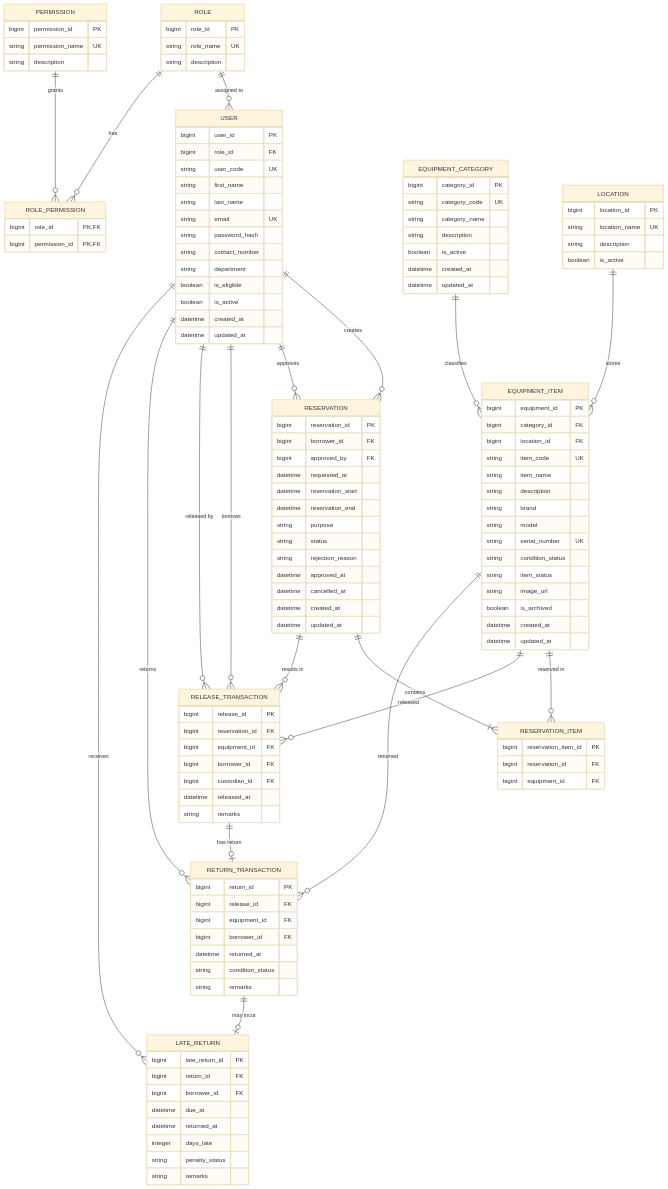
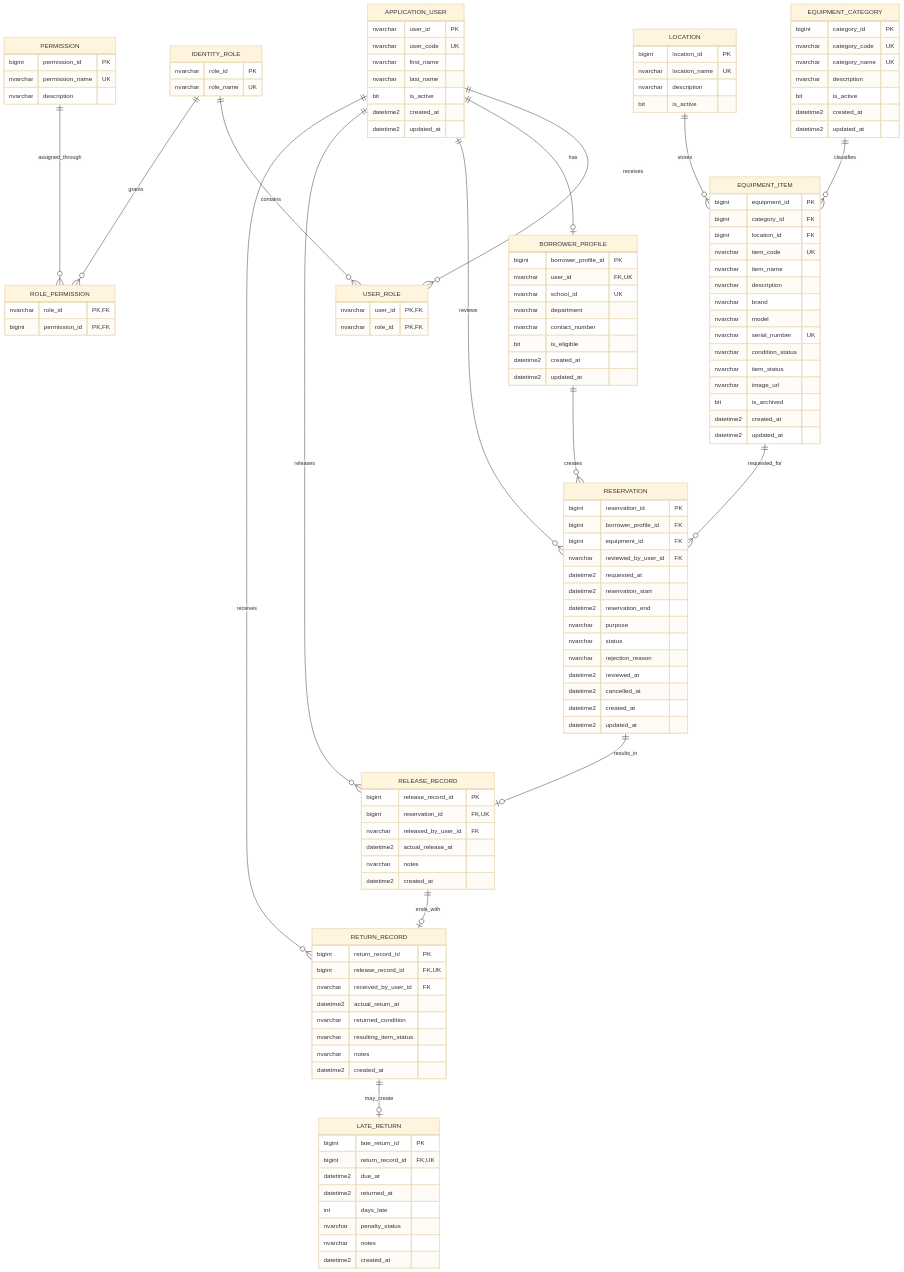
The first of 2 diagrams in doc/Campus_Equipment_Borrowing_ERD_Data_Dictionary.md (janninobansag/Gearantee), drawn with Mermaid (base theme) before and after one commit. The commit also changed other lines of this file and 68 other files, not shown here.

````diff
--- a/doc/Campus_Equipment_Borrowing_ERD_Data_Dictionary.md
+++ b/doc/Campus_Equipment_Borrowing_ERD_Data_Dictionary.md
@@ -14,155 +21,148 @@
 ```mermaid
 erDiagram
+    IDENTITY_ROLE ||--o{ USER_ROLE : contains
+    APPLICATION_USER ||--o{ USER_ROLE : receives
+    IDENTITY_ROLE ||--o{ ROLE_PERMISSION : grants
+    PERMISSION ||--o{ ROLE_PERMISSION : assigned_through
 
-    USER {
-        bigint user_id PK
-        bigint role_id FK
-        string user_code UK
-        string first_name
-        string last_name
-        string email UK
-        string password_hash
-        string contact_number
-        string department
-        boolean is_eligible
-        boolean is_active
-        datetime created_at
-        datetime updated_at
+    APPLICATION_USER ||--o| BORROWER_PROFILE : has
+    EQUIPMENT_CATEGORY ||--o{ EQUIPMENT_ITEM : classifies
+    LOCATION ||--o{ EQUIPMENT_ITEM : stores
+
+    BORROWER_PROFILE ||--o{ RESERVATION : creates
+    EQUIPMENT_ITEM ||--o{ RESERVATION : requested_for
+    APPLICATION_USER ||--o{ RESERVATION : reviews
+
+    RESERVATION ||--o| RELEASE_RECORD : results_in
+    APPLICATION_USER ||--o{ RELEASE_RECORD : releases
+
+    RELEASE_RECORD ||--o| RETURN_RECORD : ends_with
+    APPLICATION_USER ||--o{ RETURN_RECORD : receives
+
+    RETURN_RECORD ||--o| LATE_RETURN : may_create
+
+    APPLICATION_USER {
+        nvarchar user_id PK
+        nvarchar user_code UK
+        nvarchar first_name
+        nvarchar last_name
+        bit is_active
+        datetime2 created_at
+        datetime2 updated_at
     }
 
-    ROLE {
-        bigint role_id PK
-        string role_name UK
-        string description
+    IDENTITY_ROLE {
+        nvarchar role_id PK
+        nvarchar role_name UK
+    }
+
+    USER_ROLE {
+        nvarchar user_id PK, FK
+        nvarchar role_id PK, FK
     }
 
     PERMISSION {
         bigint permission_id PK
-        string permission_name UK
-        string description
+        nvarchar permission_name UK
+        nvarchar description
     }
 
     ROLE_PERMISSION {
-        bigint role_id PK, FK
+        nvarchar role_id PK, FK
         bigint permission_id PK, FK
+    }
+
+    BORROWER_PROFILE {
+        bigint borrower_profile_id PK
+        nvarchar user_id FK, UK
+        nvarchar school_id UK
+        nvarchar department
+        nvarchar contact_number
+        bit is_eligible
+        datetime2 created_at
+        datetime2 updated_at
     }
 
     EQUIPMENT_CATEGORY {
         bigint category_id PK
-        string category_code UK
-        string category_name
-        string description
-        boolean is_active
-        datetime created_at
-        datetime updated_at
+        nvarchar category_code UK
+        nvarchar category_name UK
+        nvarchar description
+        bit is_active
+        datetime2 created_at
+        datetime2 updated_at
     }
 
     LOCATION {
         bigint location_id PK
-        string location_name UK
-        string description
-        boolean is_active
+        nvarchar location_name UK
+        nvarchar description
+        bit is_active
     }
 
     EQUIPMENT_ITEM {
         bigint equipment_id PK
         bigint category_id FK
         bigint location_id FK
-        string item_code UK
-        string item_name
-        string description
-        string brand
-        string model
-        string serial_number UK
-        string condition_status
-        string item_status
-        string image_url
-        boolean is_archived
-        datetime created_at
-        datetime updated_at
+        nvarchar item_code UK
+        nvarchar item_name
+        nvarchar description
+        nvarchar brand
+        nvarchar model
+        nvarchar serial_number UK
+        nvarchar condition_status
+        nvarchar item_status
+        nvarchar image_url
+        bit is_archived
+        datetime2 created_at
+        datetime2 updated_at
     }
 
     RESERVATION {
         bigint reservation_id PK
-        bigint borrower_id FK
-        bigint approved_by FK
-        datetime requested_at
-        datetime reservation_start
-        datetime reservation_end
-        string purpose
-        string status
-        string rejection_reason
-        datetime approved_at
-        datetime cancelled_at
-        datetime created_at
-        datetime updated_at
+        bigint borrower_profile_id FK
+        bigint equipment_id FK
+        nvarchar reviewed_by_user_id FK
+        datetime2 requested_at
+        datetime2 reservation_start
+        datetime2 reservation_end
+        nvarchar purpose
+        nvarchar status
+        nvarchar rejection_reason
+        datetime2 reviewed_at
+        datetime2 cancelled_at
+        datetime2 created_at
+        datetime2 updated_at
     }
 
-    RESERVATION_ITEM {
-        bigint reservation_item_id PK
-        bigint reservation_id FK
-        bigint equipment_id FK
+    RELEASE_RECORD {
+        bigint release_record_id PK
+        bigint reservation_id FK, UK
+        nvarchar released_by_user_id FK
+        datetime2 actual_release_at
+        nvarchar notes
+        datetime2 created_at
     }
 
-    RELEASE_TRANSACTION {
-        bigint release_id PK
-        bigint reservation_id FK
-        bigint equipment_id FK
-        bigint borrower_id FK
-        bigint custodian_id FK
-        datetime released_at
-        string remarks
-    }
-
-    RETURN_TRANSACTION {
-        bigint return_id PK
-        bigint release_id FK
-        bigint equipment_id FK
-        bigint borrower_id FK
-        datetime returned_at
-        string condition_status
-        string remarks
+    RETURN_RECORD {
+        bigint return_record_id PK
+        bigint release_record_id FK, UK
+        nvarchar received_by_user_id FK
+        datetime2 actual_return_at
+        nvarchar returned_condition
+        nvarchar resulting_item_status
+        nvarchar notes
+        datetime2 created_at
     }
 
     LATE_RETURN {
         bigint late_return_id PK
-        bigint return_id FK
-        bigint borrower_id FK
-        datetime due_at
-        datetime returned_at
-        integer days_late
-        string penalty_status
-        string remarks
+        bigint return_record_id FK, UK
+        datetime2 due_at
+        datetime2 returned_at
+        int days_late
+        nvarchar penalty_status
+        nvarchar notes
+        datetime2 created_at
     }
-
-
-    %% User and access control
-    ROLE ||--o{ USER : "assigned to"
-    ROLE ||--o{ ROLE_PERMISSION : "has"
-    PERMISSION ||--o{ ROLE_PERMISSION : "grants"
-
-    %% Equipment master data
-    EQUIPMENT_CATEGORY ||--o{ EQUIPMENT_ITEM : "classifies"
-    LOCATION ||--o{ EQUIPMENT_ITEM : "stores"
-
-    %% Reservation
-    USER ||--o{ RESERVATION : "creates"
-    USER ||--o{ RESERVATION : "approves"
-    RESERVATION ||--|{ RESERVATION_ITEM : "contains"
-    EQUIPMENT_ITEM ||--o{ RESERVATION_ITEM : "reserved in"
-
-    %% Release
-    RESERVATION ||--o{ RELEASE_TRANSACTION : "results in"
-    EQUIPMENT_ITEM ||--o{ RELEASE_TRANSACTION : "released"
-    USER ||--o{ RELEASE_TRANSACTION : "borrows"
-    USER ||--o{ RELEASE_TRANSACTION : "released by"
-
-    %% Return
-    RELEASE_TRANSACTION ||--o| RETURN_TRANSACTION : "has return"
-    EQUIPMENT_ITEM ||--o{ RETURN_TRANSACTION : "returned"
-    USER ||--o{ RETURN_TRANSACTION : "returns"
-
-    %% Late return
-    RETURN_TRANSACTION ||--o| LATE_RETURN : "may incur"
-    USER ||--o{ LATE_RETURN : "receives"
 ```
````
